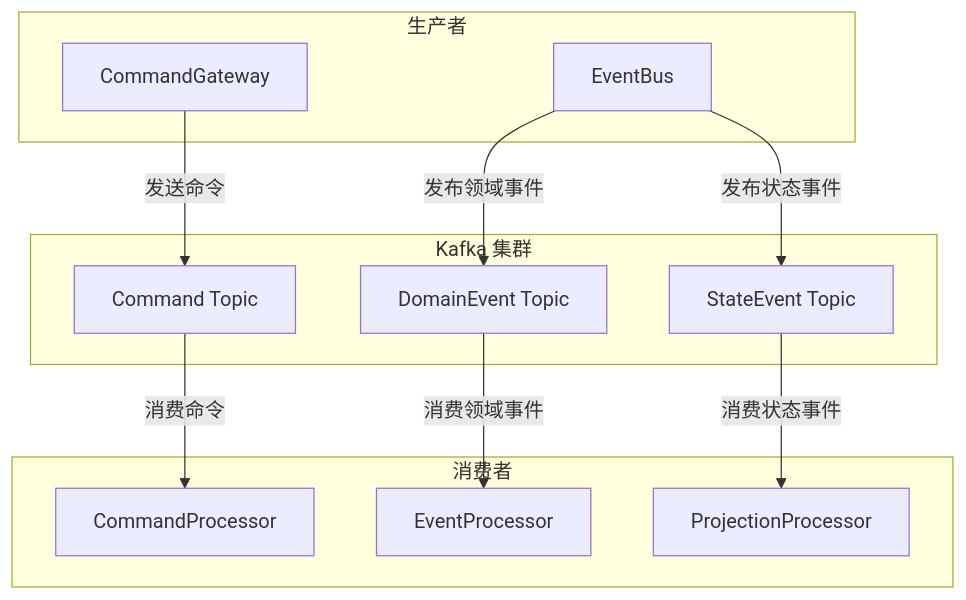
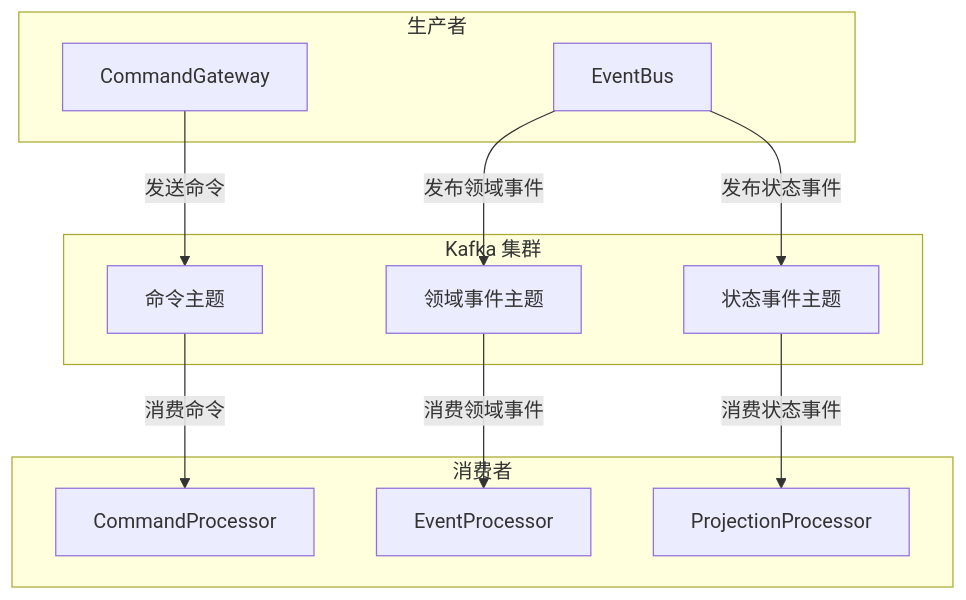
The first of 6 diagrams in documentation/docs/zh/guide/extensions/kafka.md (Ahoo-Wang/Wow), drawn with Mermaid before and after one commit. The commit also changed other lines of this file and 96 other files, not shown here.

First line of the commit message:
docs: restructure documentation into three-layer progressive architecture (#2622)

````diff
--- a/documentation/docs/zh/guide/extensions/kafka.md
+++ b/documentation/docs/zh/guide/extensions/kafka.md
@@ -12,27 +14,27 @@
 ```mermaid
 flowchart TB
     subgraph Producer["生产者"]
         CG[CommandGateway]
         EB[EventBus]
     end
     
     subgraph Kafka["Kafka 集群"]
-        CT[Command Topic]
-        DET[DomainEvent Topic]
-        SET[StateEvent Topic]
+        CT[命令主题]
+        DET[领域事件主题]
+        SET[状态事件主题]
     end
     
     subgraph Consumer["消费者"]
         CP[CommandProcessor]
         EP[EventProcessor]
         PP[ProjectionProcessor]
     end
     
     CG -->|发送命令| CT
     EB -->|发布领域事件| DET
     EB -->|发布状态事件| SET
     
     CT -->|消费命令| CP
     DET -->|消费领域事件| EP
     SET -->|消费状态事件| PP
 ```
````
